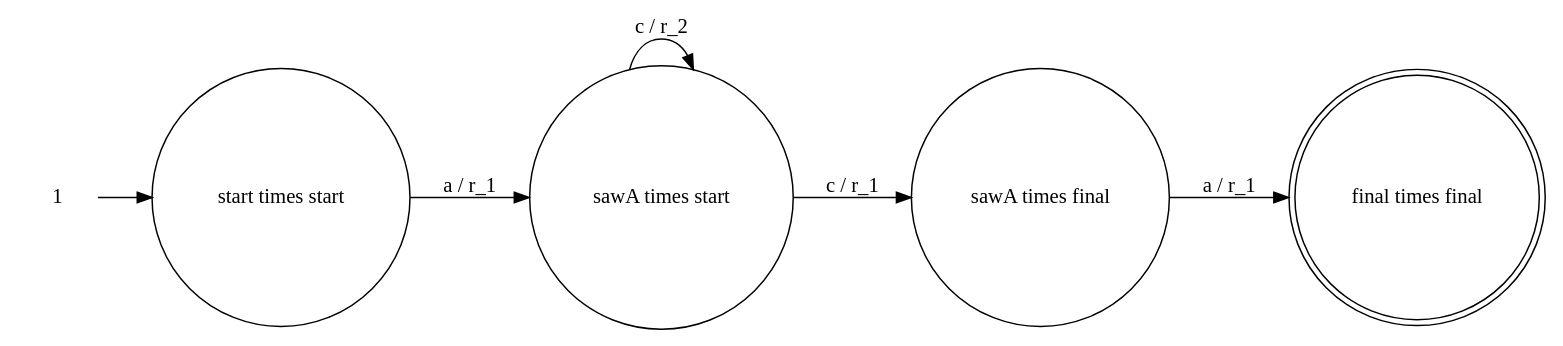
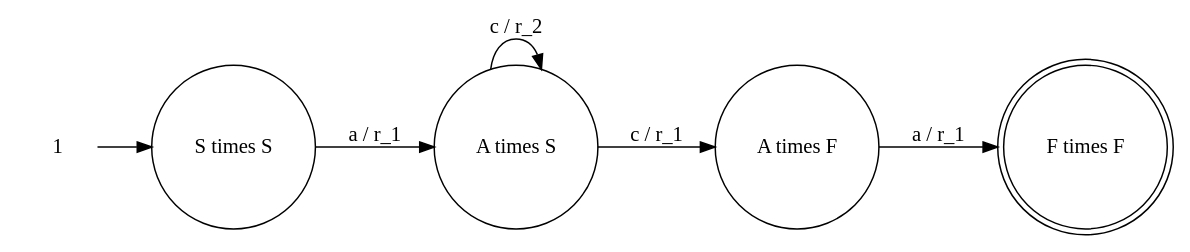
One commit to amandasystems/incremental-parikh-images changed the diagram in aca_or_bc_times_something_c_something.dot. Above: the diagram before and after it, drawn with Graphviz. The commit also changed 14 other files, not shown here.

```diff
--- a/aca_or_bc_times_something_c_something.dot
+++ b/aca_or_bc_times_something_c_something.dot
@@ -1,16 +1,16 @@
 digraph Automaton {rankdir = LR;
 initial [shape=plaintext,label="1"];
 initial -> start;
-start [shape=circle,label="start \times start"];
+start [shape=circle,label="S \times S"];
 start -> sawAstart [label="a / r_1"]
 
-sawAstart [shape=circle,label="sawA \times start"];
+sawAstart [shape=circle,label="A \times S"];
 sawAstart -> sawAfinal [label="c / r_1"]
 
 sawAstart -> sawAstart [label="c / r_2"]
 
-sawAfinal [shape=circle,label="sawA \times final"];
+sawAfinal [shape=circle,label="A \times F"];
 
 sawAfinal -> final [label="a / r_1"]
-final [shape=doublecircle,label="final \times final"];
+final [shape=doublecircle,label="F \times F"];
 }
```
